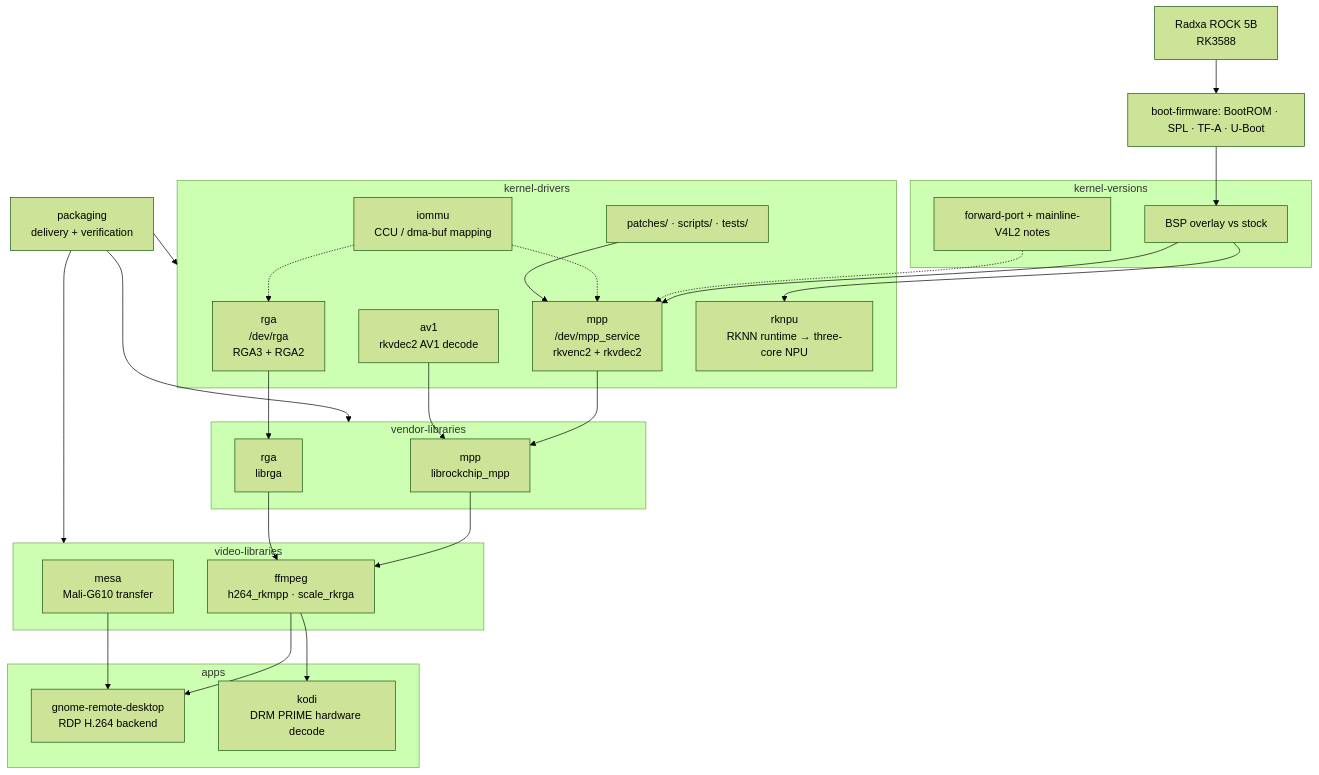
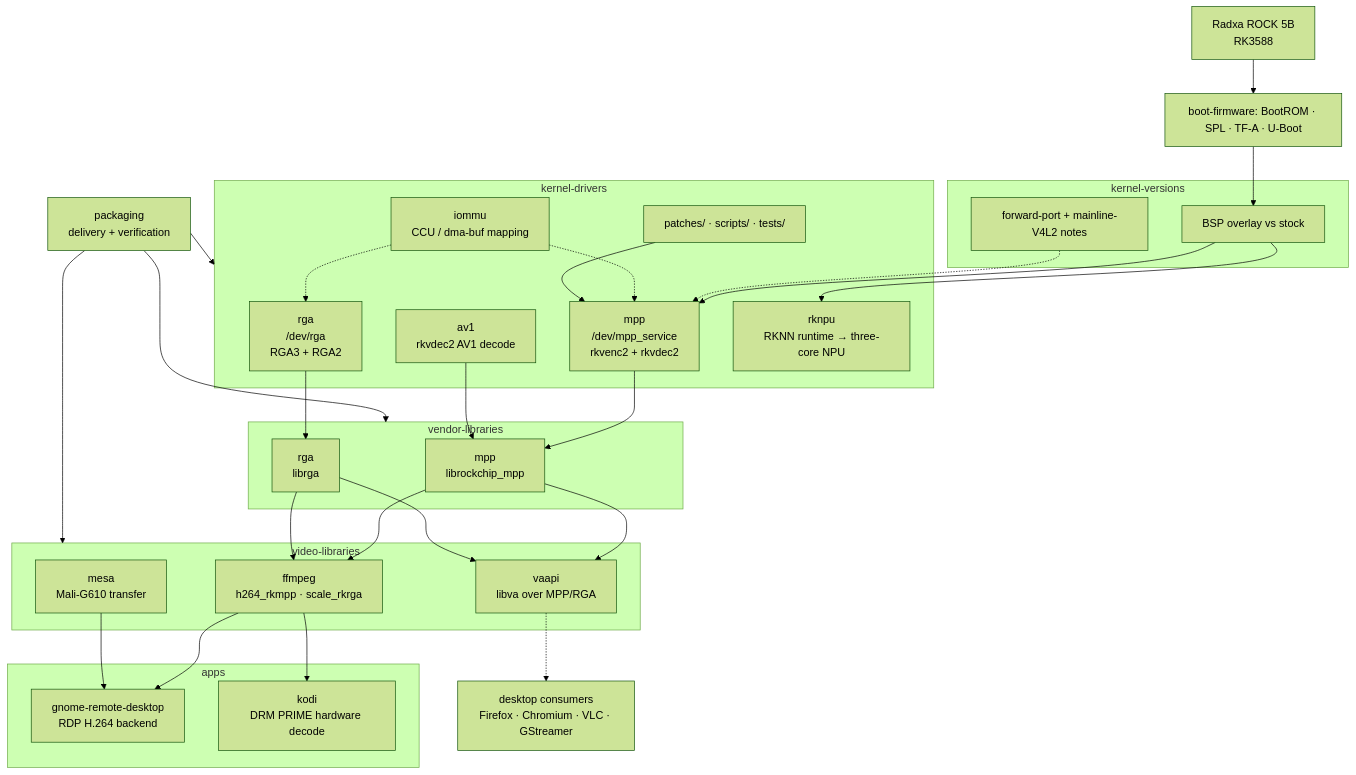
The diagram in docs/work-packages.md (yisding/rock-5b-ysp), drawn with Mermaid (forest theme) before and after one commit. The commit also changed other lines of this file and 7 other files, not shown here.

````diff
--- a/docs/work-packages.md
+++ b/docs/work-packages.md
@@ -29,52 +29,57 @@
 ```mermaid
 flowchart TB
   board["Radxa ROCK 5B<br/>RK3588"]
   boot["boot-firmware: BootROM · SPL · TF-A · U-Boot"]
 
   subgraph kver["kernel-versions"]
     bsp["BSP overlay vs stock"]
     fport["forward-port + mainline-V4L2 notes"]
   end
 
   subgraph kernel["kernel-drivers"]
     mpp["mpp<br/>/dev/mpp_service<br/>rkvenc2 + rkvdec2"]
     rga["rga<br/>/dev/rga<br/>RGA3 + RGA2"]
     av1["av1<br/>rkvdec2 AV1 decode"]
     iommu["iommu<br/>CCU / dma-buf mapping"]
     rknpu["rknpu<br/>RKNN runtime → three-core NPU"]
     kart["patches/ · scripts/ · tests/"]
   end
 
   subgraph libs["vendor-libraries"]
     libmpp["mpp<br/>librockchip_mpp"]
     librga["rga<br/>librga"]
   end
 
   subgraph video["video-libraries"]
     ffmpeg["ffmpeg<br/>h264_rkmpp · scale_rkrga"]
+    vaapi["vaapi<br/>libva over MPP/RGA"]
     mesa["mesa<br/>Mali-G610 transfer"]
   end
 
   subgraph apps["apps"]
     grd["gnome-remote-desktop<br/>RDP H.264 backend"]
     kodi["kodi<br/>DRM PRIME hardware decode"]
   end
+  desktop["desktop consumers<br/>Firefox · Chromium · VLC · GStreamer"]
 
   packaging["packaging<br/>delivery + verification"]
 
   board --> boot --> bsp
   bsp --> mpp
   fport -.-> mpp
   mpp --> libmpp --> ffmpeg --> grd
   ffmpeg --> kodi
   rga --> librga --> ffmpeg
+  libmpp --> vaapi
+  librga --> vaapi
+  vaapi -.-> desktop
   av1 --> libmpp
   bsp --> rknpu
   iommu -.-> mpp
   iommu -.-> rga
   mesa --> grd
   packaging --> kernel
   packaging --> libs
   packaging --> video
   kart --> mpp
 ```
````
